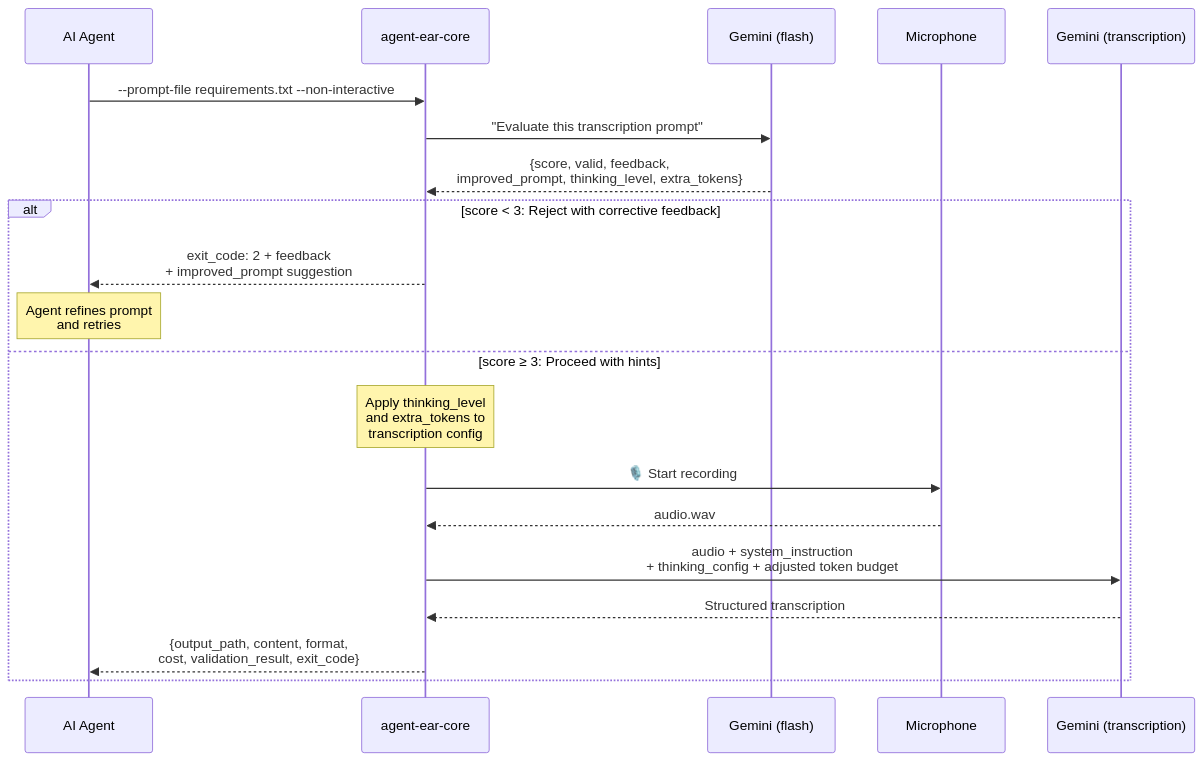
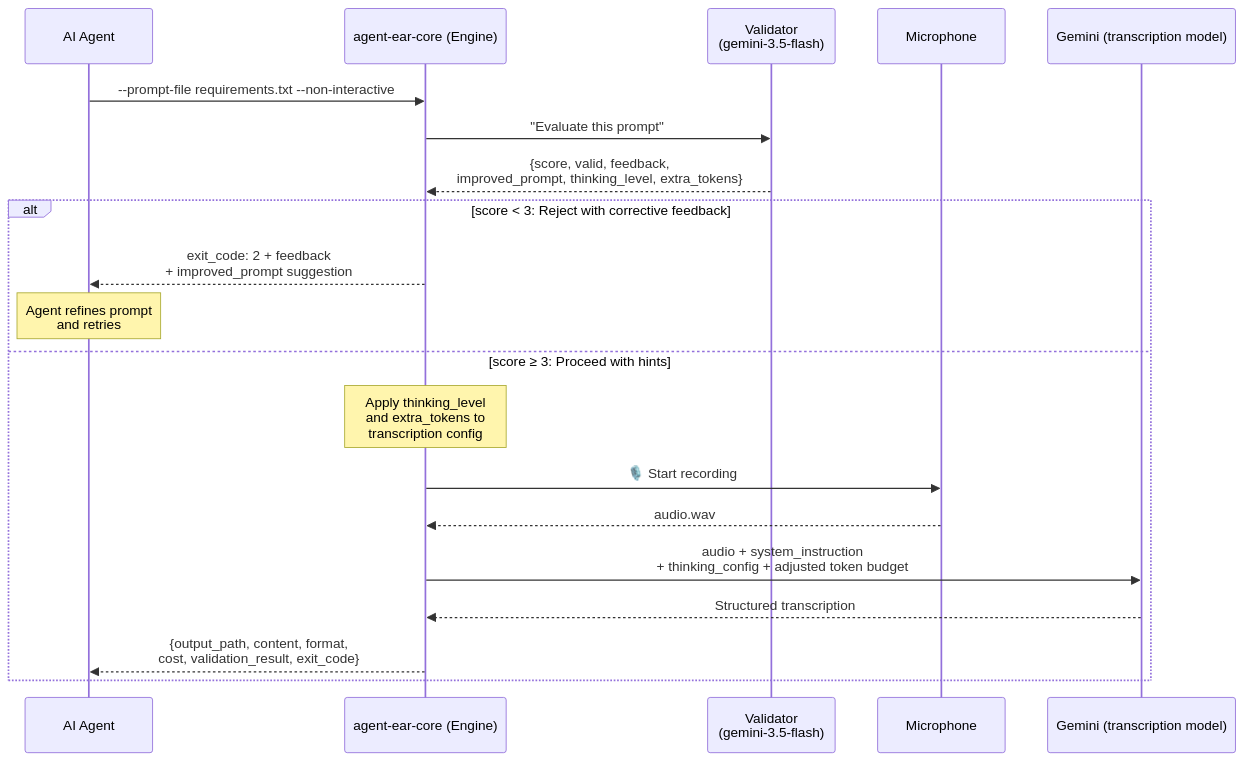
The third of 6 diagrams in docs/explanation/architecture.md (Aurelian-Shuttleworth/agent-ear), drawn with Mermaid before and after one commit. The commit also changed other lines of this file and 15 other files, not shown here.

First line of the commit message:
docs: address Lara's documentation plan (architecture, GCS, audits)

````diff
--- a/docs/explanation/architecture.md
+++ b/docs/explanation/architecture.md
@@ -86,26 +88,26 @@
 ```mermaid
 sequenceDiagram
     participant Agent as AI Agent
-    participant Ear as agent-ear-core
-    participant Judge as Gemini (flash)
+    participant Ear as agent-ear-core (Engine)
+    participant Val as Validator<br/>(gemini-3.5-flash)
     participant Mic as Microphone
-    participant Trans as Gemini (transcription)
+    participant Trans as Gemini (transcription model)
 
     Agent->>Ear: --prompt-file requirements.txt --non-interactive
 
-    %% Validation phase — judge evaluates AND improves
-    Ear->>Judge: "Evaluate this transcription prompt"
-    Judge-->>Ear: {score, valid, feedback,<br/>improved_prompt, thinking_level, extra_tokens}
+    %% Validation Stage — Validator scores AND improves
+    Ear->>Val: "Evaluate this prompt"
+    Val-->>Ear: {score, valid, feedback,<br/>improved_prompt, thinking_level, extra_tokens}
 
     alt score < 3: Reject with corrective feedback
         Ear-->>Agent: exit_code: 2 + feedback<br/>+ improved_prompt suggestion
         Note over Agent: Agent refines prompt<br/>and retries
     else score ≥ 3: Proceed with hints
         Note over Ear: Apply thinking_level<br/>and extra_tokens to<br/>transcription config
         Ear->>Mic: 🎙️ Start recording
         Mic-->>Ear: audio.wav
         Ear->>Trans: audio + system_instruction<br/>+ thinking_config + adjusted token budget
         Trans-->>Ear: Structured transcription
         Ear-->>Agent: {output_path, content, format,<br/>cost, validation_result, exit_code}
     end
 ```
````
